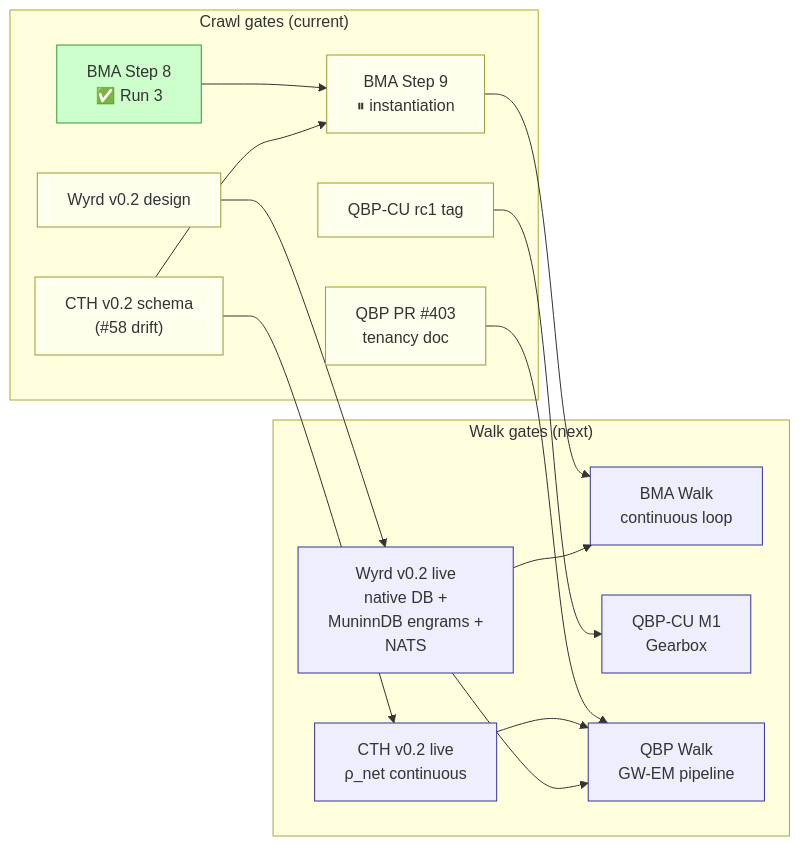
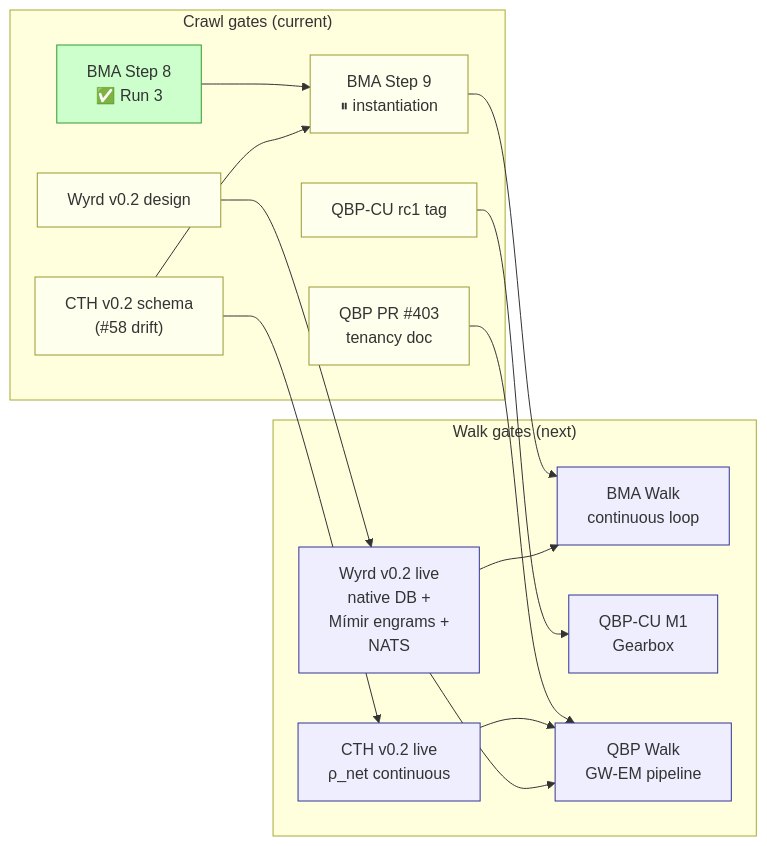
The seventh of 7 diagrams in architecture-diagrams-best-practices.md (JamesPagetButler/inter), drawn with Mermaid before and after one commit. The commit also changed 7 other files, not shown here.

````diff
--- a/architecture-diagrams-best-practices.md
+++ b/architecture-diagrams-best-practices.md
@@ -397,37 +397,37 @@
 ```mermaid
 flowchart LR
     subgraph Crawl["Crawl gates (current)"]
         BMA8["BMA Step 8<br/>✅ Run 3"]
         BMA9["BMA Step 9<br/>⏸ instantiation"]
         WyrdV2["Wyrd v0.2 design"]
         CthV2["CTH v0.2 schema<br/>(#58 drift)"]
         QbpCuRc1["QBP-CU rc1 tag"]
         Pr403["QBP PR #403<br/>tenancy doc"]
     end
     subgraph Walk["Walk gates (next)"]
         BmaWalk["BMA Walk<br/>continuous loop"]
-        WyrdV2Live["Wyrd v0.2 live<br/>native DB +<br/>MuninnDB engrams +<br/>NATS"]
+        WyrdV2Live["Wyrd v0.2 live<br/>native DB +<br/>Mímir engrams +<br/>NATS"]
         CthV2Live["CTH v0.2 live<br/>ρ_net continuous"]
         QbpCuM1["QBP-CU M1<br/>Gearbox"]
         QbpWalk["QBP Walk<br/>GW-EM pipeline"]
     end
 
     BMA8 --> BMA9
     BMA9 --> BmaWalk
     CthV2 --> BMA9
     WyrdV2 --> WyrdV2Live
     WyrdV2Live --> BmaWalk
     CthV2 --> CthV2Live
     QbpCuRc1 --> QbpCuM1
     Pr403 --> QbpWalk
     CthV2Live --> QbpWalk
     WyrdV2Live --> QbpWalk
 
     classDef done fill:#cfc,stroke:#393
     classDef active fill:#ffe,stroke:#993
     classDef blocked fill:#fee,stroke:#933
     classDef target fill:#eef,stroke:#339
     class BMA8 done
     class BMA9,WyrdV2,CthV2,QbpCuRc1,Pr403 active
     class BmaWalk,WyrdV2Live,CthV2Live,QbpCuM1,QbpWalk target
 ```
````
